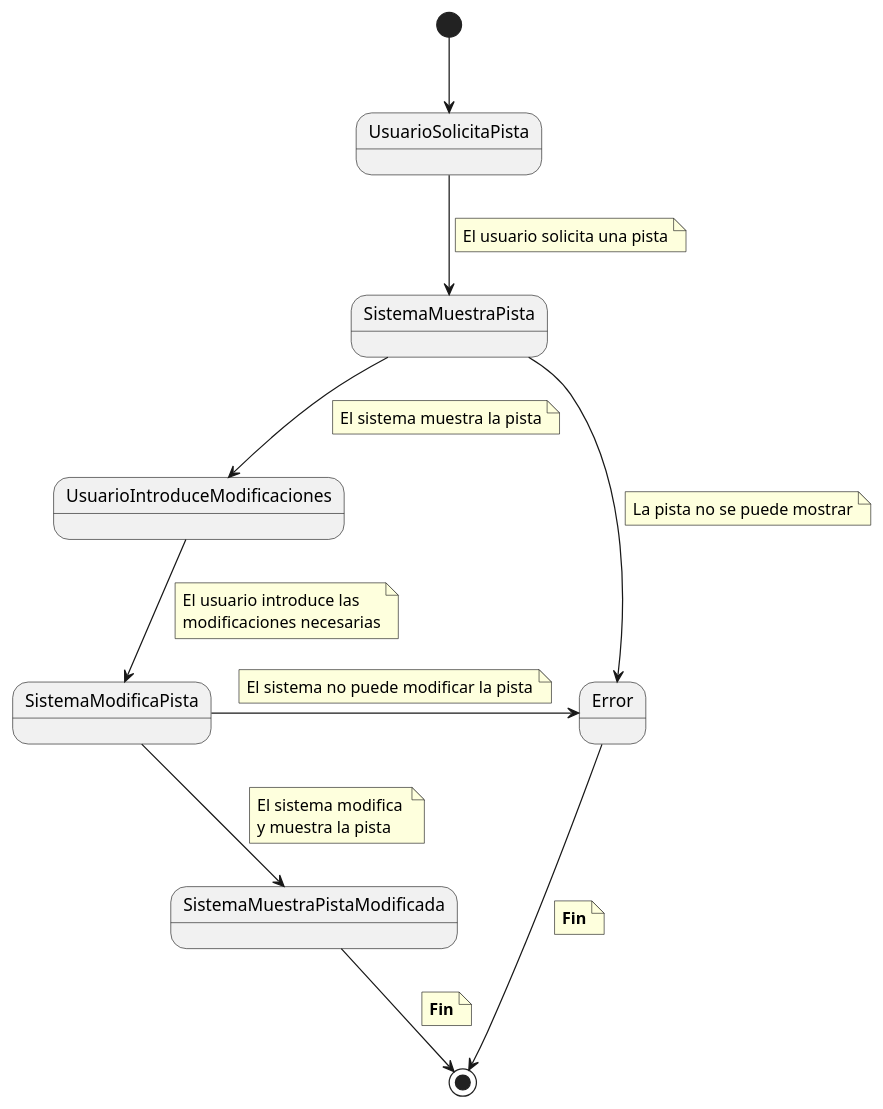
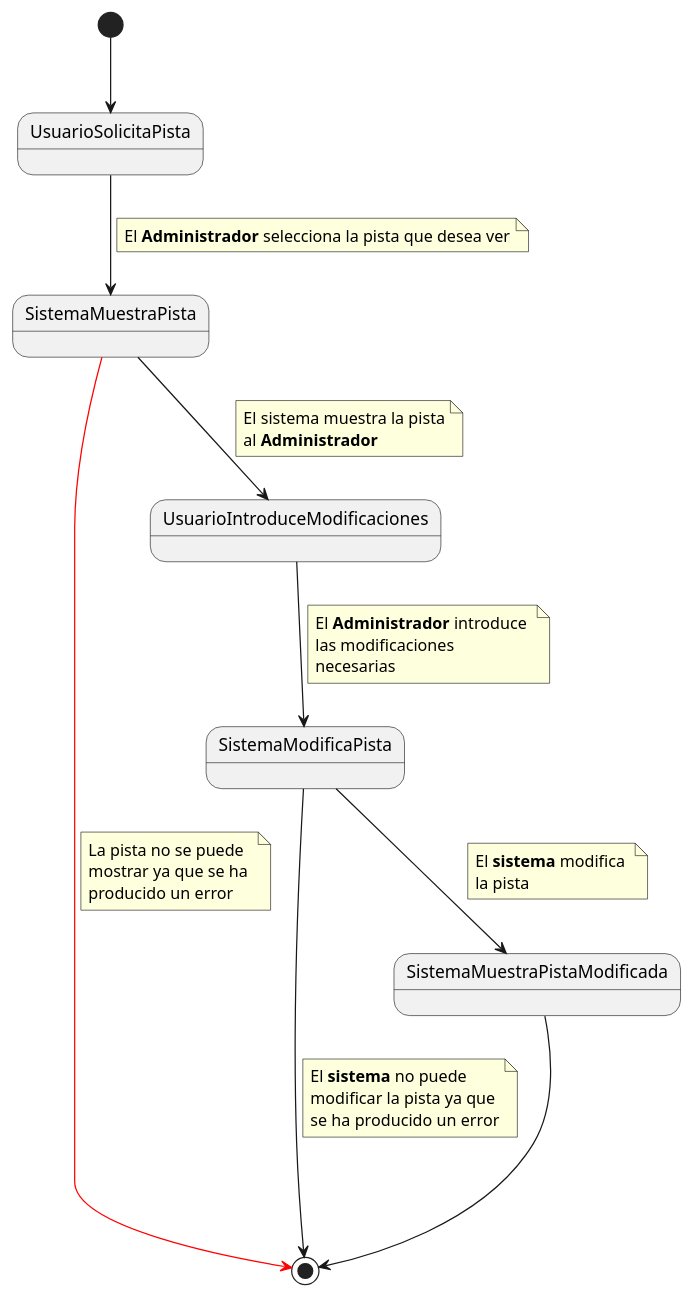
Before and after one commit to pablarce/23-24-IdSw1-SDR: the diagram in CasosDeUso/CduDetallados/CduPistas/ActualizarPista.puml, drawn with PlantUML. The commit also changed 1 other file, not shown here.

Commit message:
Cambios a CDU ActualizarPista

```diff
--- a/CasosDeUso/CduDetallados/CduPistas/ActualizarPista.puml
+++ b/CasosDeUso/CduDetallados/CduPistas/ActualizarPista.puml
@@ -1,38 +1,38 @@
 @startuml 
 [*] --> UsuarioSolicitaPista
-UsuarioSolicitaPista -d-> SistemaMuestraPista
+UsuarioSolicitaPista --> SistemaMuestraPista
 note on link
-    El usuario solicita una pista
+    El **Administrador** selecciona la pista que desea ver
 end note
-SistemaMuestraPista -d-> UsuarioIntroduceModificaciones
+SistemaMuestraPista --> UsuarioIntroduceModificaciones
 note on link
     El sistema muestra la pista
+    al **Administrador**
 end note
-SistemaMuestraPista -d-> Error
+SistemaMuestraPista -[#red]> [*]
 note on link
-    La pista no se puede mostrar
+    La pista no se puede
+    mostrar ya que se ha 
+    producido un error
 end note
-UsuarioIntroduceModificaciones -d-> SistemaModificaPista
+UsuarioIntroduceModificaciones --> SistemaModificaPista
 note on link
-    El usuario introduce las 
-    modificaciones necesarias
+    El **Administrador** introduce 
+    las modificaciones 
+    necesarias
 end note
-SistemaModificaPista -d-> SistemaMuestraPistaModificada
+SistemaModificaPista --> SistemaMuestraPistaModificada
 note on link
-    El sistema modifica 
-    y muestra la pista
+    El **sistema** modifica 
+    la pista
 end note
-SistemaModificaPista -r-> Error
+SistemaModificaPista --> [*]
 note on link
-    El sistema no puede modificar la pista
-end note
-Error -d-> [*]
-note on link
-    **Fin**
-end note
-SistemaMuestraPistaModificada -d-> [*]
-note on link
-    **Fin**
+    El **sistema** no puede 
+    modificar la pista ya que
+    se ha producido un error
 end note
 
+SistemaMuestraPistaModificada ---> [*]
+
 @enduml
```
